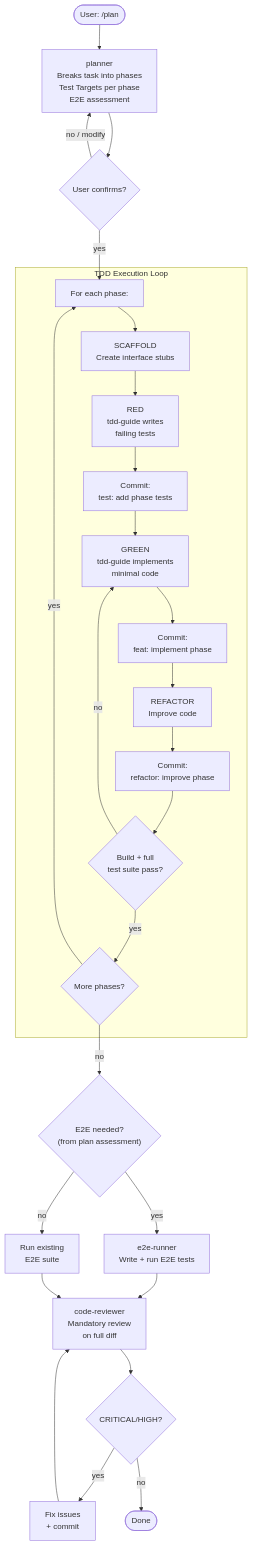
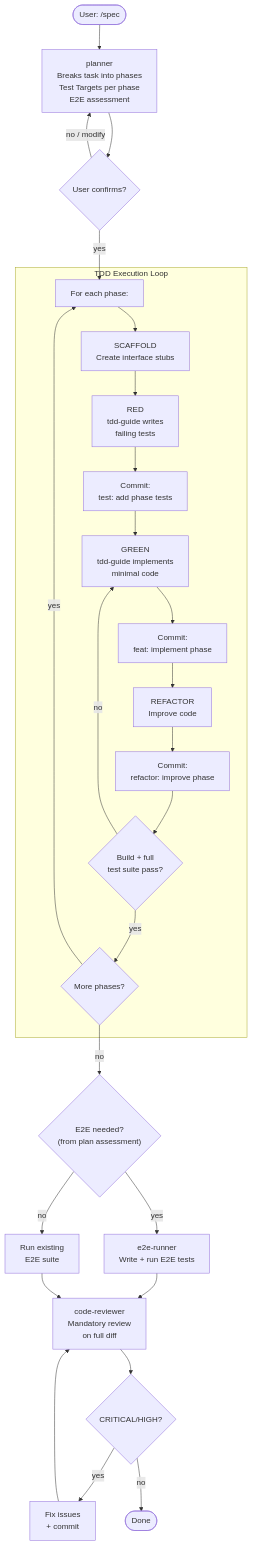
One commit to LEBOCQTitouan/everything-claude-code changed the first of 2 diagrams in docs/diagrams/agent-orchestration.md. Above: the diagram before and after it, drawn with Mermaid. The commit also changed other lines of this file and 59 other files, not shown here.

First line of the commit message:
refactor: update all references from plan/solution to spec/design (BL-045)

````diff
--- a/docs/diagrams/agent-orchestration.md
+++ b/docs/diagrams/agent-orchestration.md
@@ -7,38 +7,38 @@
 ```mermaid
 flowchart TD
-    USER(["User: /plan"])
+    USER(["User: /spec"])
 
     USER --> PLANNER["planner<br/>Breaks task into phases<br/>Test Targets per phase<br/>E2E assessment"]
 
     PLANNER --> CONFIRM{User confirms?}
     CONFIRM -->|"no / modify"| PLANNER
 
     CONFIRM -->|"yes"| PHASE["For each phase:"]
 
     subgraph tdd["TDD Execution Loop"]
         PHASE --> SCAFFOLD["SCAFFOLD<br/>Create interface stubs"]
         SCAFFOLD --> RED["RED<br/>tdd-guide writes<br/>failing tests"]
         RED --> REDC["Commit:<br/>test: add phase tests"]
         REDC --> GREEN["GREEN<br/>tdd-guide implements<br/>minimal code"]
         GREEN --> GREENC["Commit:<br/>feat: implement phase"]
         GREENC --> REFACTOR["REFACTOR<br/>Improve code"]
         REFACTOR --> REFACTORC["Commit:<br/>refactor: improve phase"]
         REFACTORC --> GATE{"Build + full<br/>test suite pass?"}
         GATE -->|"no"| GREEN
         GATE -->|"yes"| NEXT{More phases?}
         NEXT -->|"yes"| PHASE
     end
 
     NEXT -->|"no"| E2E{"E2E needed?<br/>(from plan assessment)"}
     E2E -->|"yes"| E2EWRITE["e2e-runner<br/>Write + run E2E tests"]
     E2E -->|"no"| E2ERUN["Run existing<br/>E2E suite"]
     E2EWRITE --> CR
     E2ERUN --> CR
 
     CR["code-reviewer<br/>Mandatory review<br/>on full diff"]
 
     CR --> ISSUES{CRITICAL/HIGH?}
     ISSUES -->|"yes"| FIX["Fix issues<br/>+ commit"]
     FIX --> CR
     ISSUES -->|"no"| DONE(["Done"])
 ```
````
